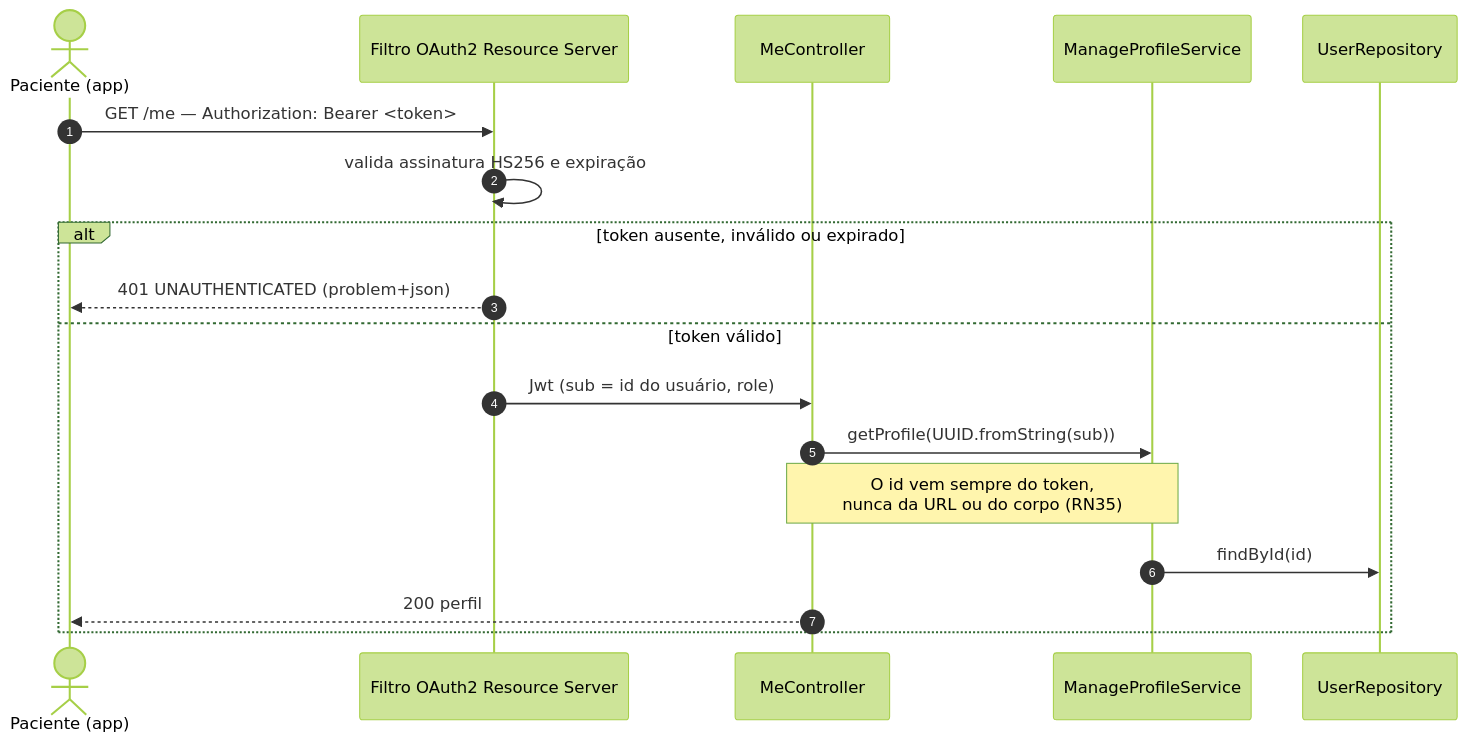
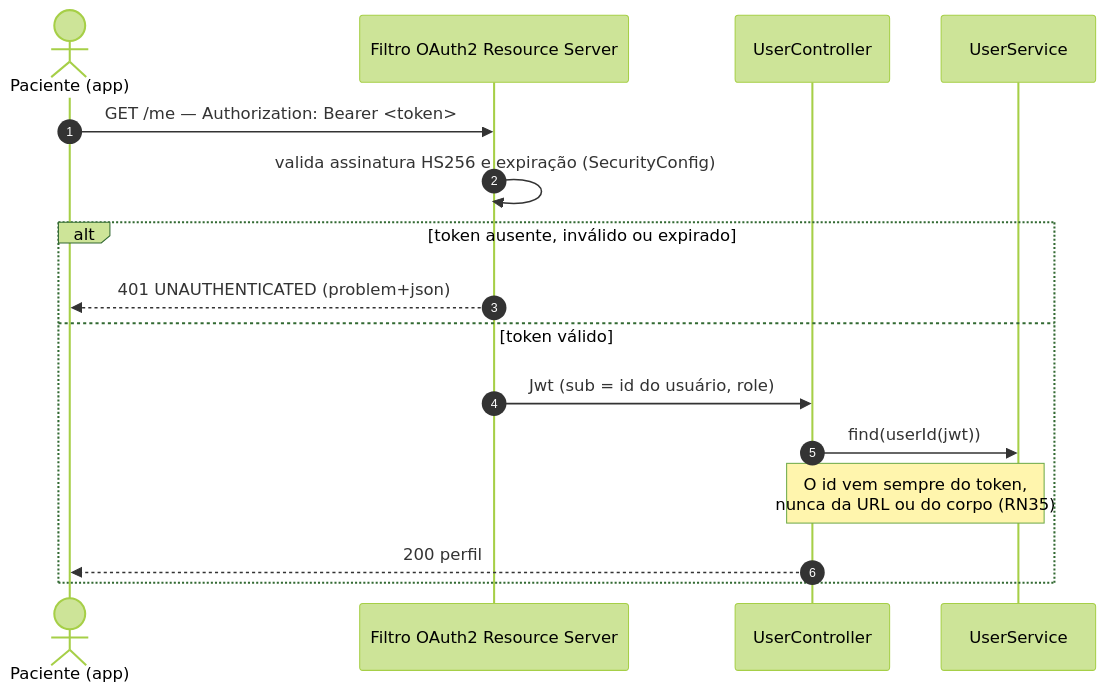
One commit to MarcioFerreiraL/clinics-backend changed the third of 7 diagrams in docs/08-diagramas-de-sequencia.md. Above: the diagram before and after it, drawn with Mermaid (forest theme). The commit also changed other lines of this file and 138 other files, not shown here.

````diff
--- a/docs/08-diagramas-de-sequencia.md
+++ b/docs/08-diagramas-de-sequencia.md
@@ -65,21 +56,19 @@
 ```mermaid
 sequenceDiagram
     autonumber
     actor P as Paciente (app)
     participant F as Filtro OAuth2 Resource Server
-    participant C as MeController
-    participant S as ManageProfileService
-    participant R as UserRepository
+    participant C as UserController
+    participant S as UserService
 
     P->>F: GET /me — Authorization: Bearer <token>
-    F->>F: valida assinatura HS256 e expiração
+    F->>F: valida assinatura HS256 e expiração (SecurityConfig)
     alt token ausente, inválido ou expirado
         F-->>P: 401 UNAUTHENTICATED (problem+json)
     else token válido
         F->>C: Jwt (sub = id do usuário, role)
-        C->>S: getProfile(UUID.fromString(sub))
+        C->>S: find(userId(jwt))
         Note over C,S: O id vem sempre do token,<br/>nunca da URL ou do corpo (RN35)
-        S->>R: findById(id)
         C-->>P: 200 perfil
     end
 ```
````
